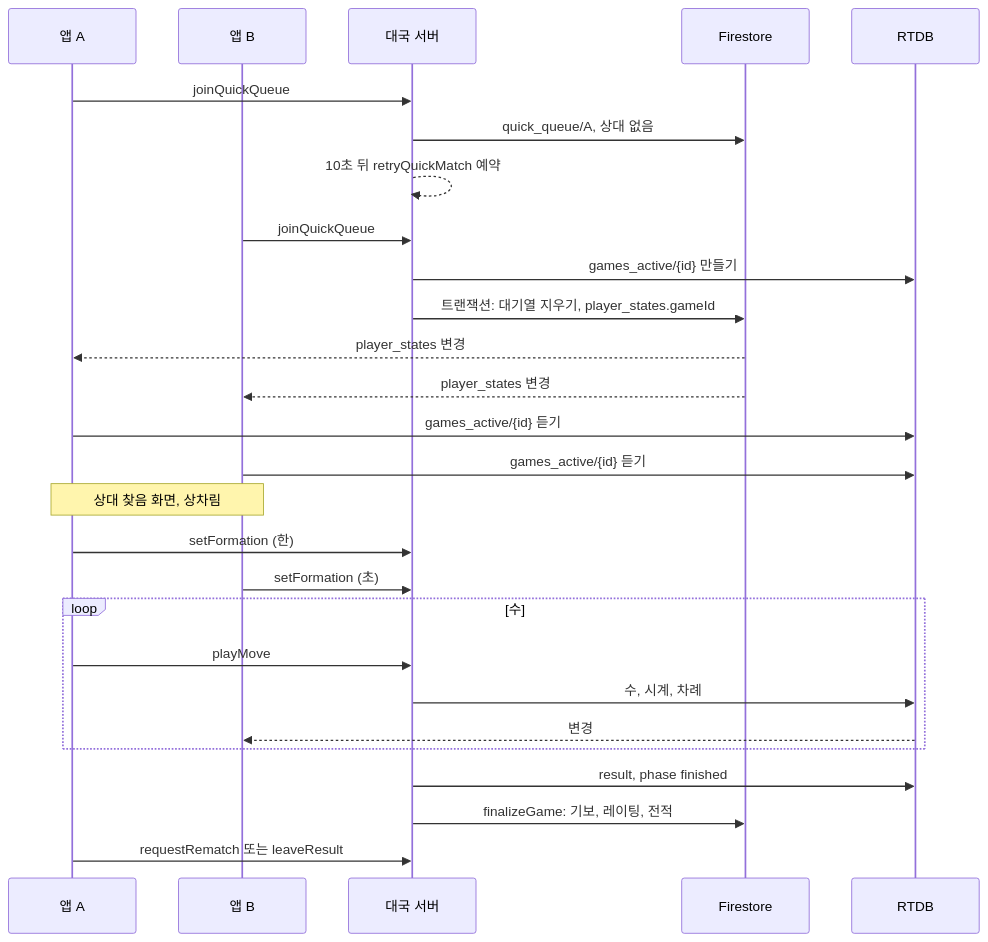
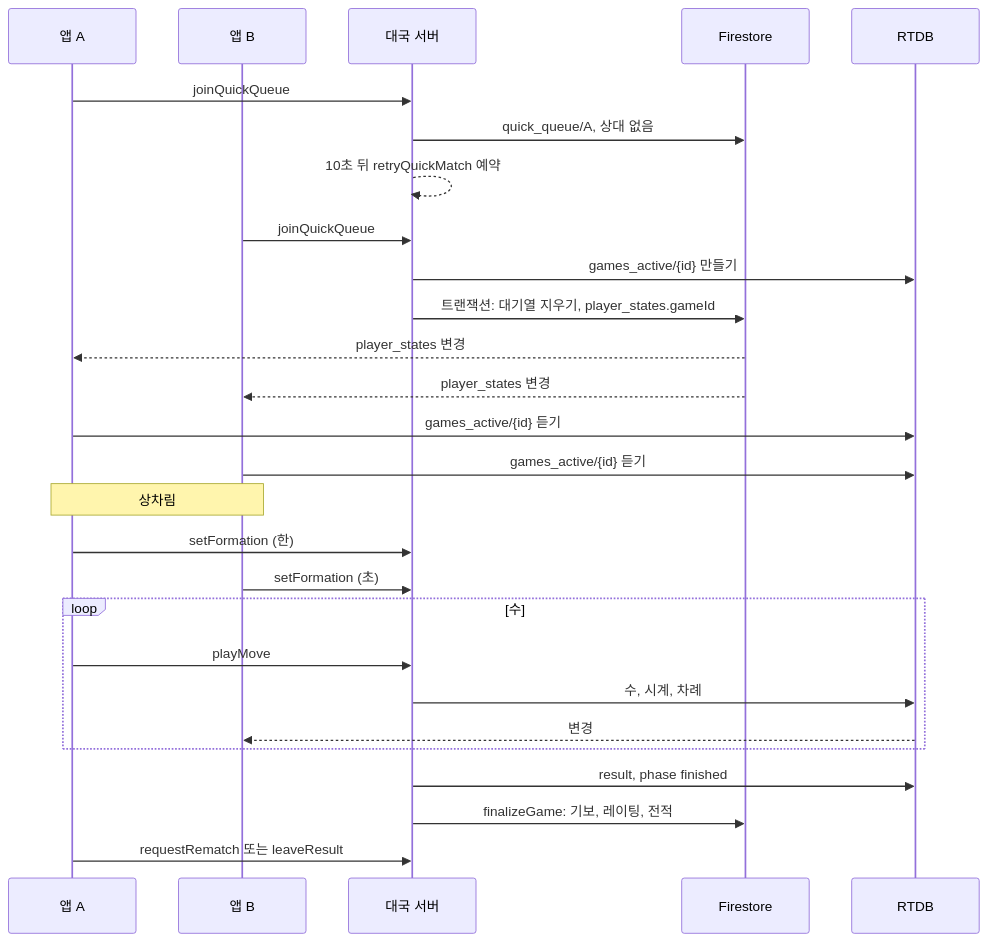
One commit to korkis/janggi-go changed the second of 2 diagrams in docs/server.md. Above: the diagram before and after it, drawn with Mermaid. The commit also changed other lines of this file and 2 other files, not shown here.

Commit message:
실제 대국 뒤 화면 결정 반영: 상차림 창, 상대 찾음 화면 없애기, 내 기준 결과, 비밀번호 확인 보기 버튼

````diff
--- a/docs/server.md
+++ b/docs/server.md
@@ -342,30 +342,30 @@
 ```mermaid
 sequenceDiagram
     participant A as 앱 A
     participant B as 앱 B
     participant G as 대국 서버
     participant FS as Firestore
     participant RT as RTDB
 
     A->>G: joinQuickQueue
     G->>FS: quick_queue/A, 상대 없음
     G-->>G: 10초 뒤 retryQuickMatch 예약
     B->>G: joinQuickQueue
     G->>RT: games_active/{id} 만들기
     G->>FS: 트랜잭션: 대기열 지우기, player_states.gameId
     FS-->>A: player_states 변경
     FS-->>B: player_states 변경
     A->>RT: games_active/{id} 듣기
     B->>RT: games_active/{id} 듣기
-    Note over A,B: 상대 찾음 화면, 상차림
+    Note over A,B: 상차림
     A->>G: setFormation (한)
     B->>G: setFormation (초)
     loop 수
         A->>G: playMove
         G->>RT: 수, 시계, 차례
         RT-->>B: 변경
     end
     G->>RT: result, phase finished
     G->>FS: finalizeGame: 기보, 레이팅, 전적
     A->>G: requestRematch 또는 leaveResult
 ```
````
